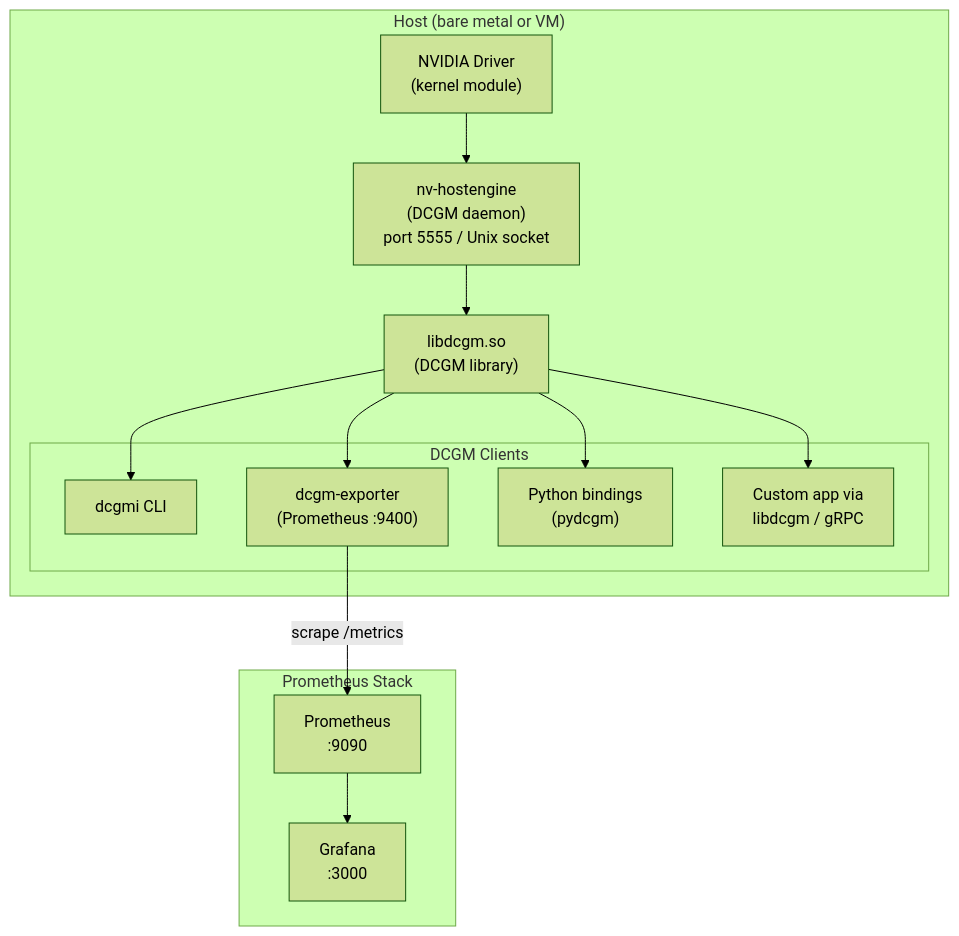
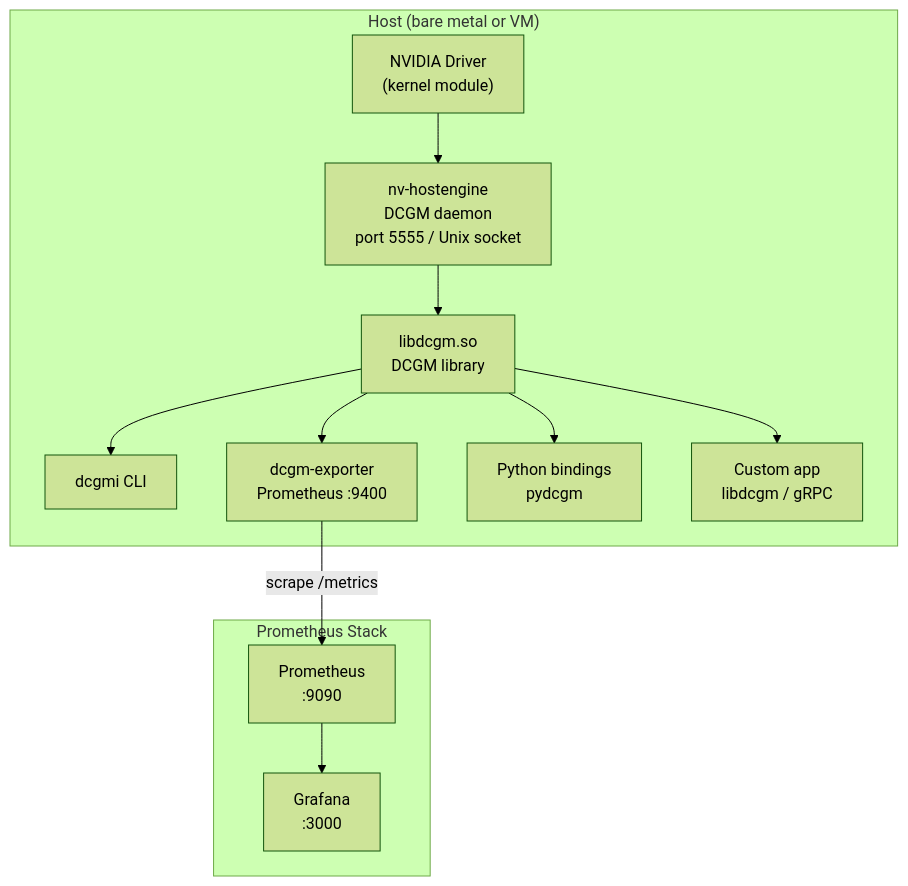
The first of 2 diagrams in AI-Infra/Labs/DCGM-Lab-01.md (learntogether6666/learning), drawn with Mermaid (forest theme) before and after one commit. The commit also changed other lines of this file, not shown here.

First line of the commit message:
Fix Mermaid diagrams in DCGM-Lab-01: graph TD → flowchart TD, \n → <br/>, flatten nested subgraphs

````diff
--- a/AI-Infra/Labs/DCGM-Lab-01.md
+++ b/AI-Infra/Labs/DCGM-Lab-01.md
@@ -55,29 +55,26 @@
 ```mermaid
-graph TD
+flowchart TD
     subgraph Host ["Host (bare metal or VM)"]
-        NVD["NVIDIA Driver\n(kernel module)"]
-        HE["nv-hostengine\n(DCGM daemon)\nport 5555 / Unix socket"]
-        DCGMLIB["libdcgm.so\n(DCGM library)"]
-        
-        subgraph Clients ["DCGM Clients"]
-            DCGMI["dcgmi CLI"]
-            EXPORTER["dcgm-exporter\n(Prometheus :9400)"]
-            PYAPI["Python bindings\n(pydcgm)"]
-            CUSTOM["Custom app via\nlibdcgm / gRPC"]
-        end
+        NVD["NVIDIA Driver<br/>(kernel module)"]
+        HE["nv-hostengine<br/>DCGM daemon<br/>port 5555 / Unix socket"]
+        DCGMLIB["libdcgm.so<br/>DCGM library"]
+        DCGMI["dcgmi CLI"]
+        EXPORTER["dcgm-exporter<br/>Prometheus :9400"]
+        PYAPI["Python bindings<br/>pydcgm"]
+        CUSTOM["Custom app<br/>libdcgm / gRPC"]
     end
-    
-    subgraph Prometheus["Prometheus Stack"]
-        PROM["Prometheus\n:9090"]
-        GRAFANA["Grafana\n:3000"]
+
+    subgraph Stack ["Prometheus Stack"]
+        PROM["Prometheus<br/>:9090"]
+        GRAFANA["Grafana<br/>:3000"]
     end
 
     NVD --> HE
     HE --> DCGMLIB
     DCGMLIB --> DCGMI
     DCGMLIB --> EXPORTER
     DCGMLIB --> PYAPI
     DCGMLIB --> CUSTOM
-    EXPORTER -->|"scrape /metrics"| PROM
+    EXPORTER -->|scrape /metrics| PROM
     PROM --> GRAFANA
 ```
````
